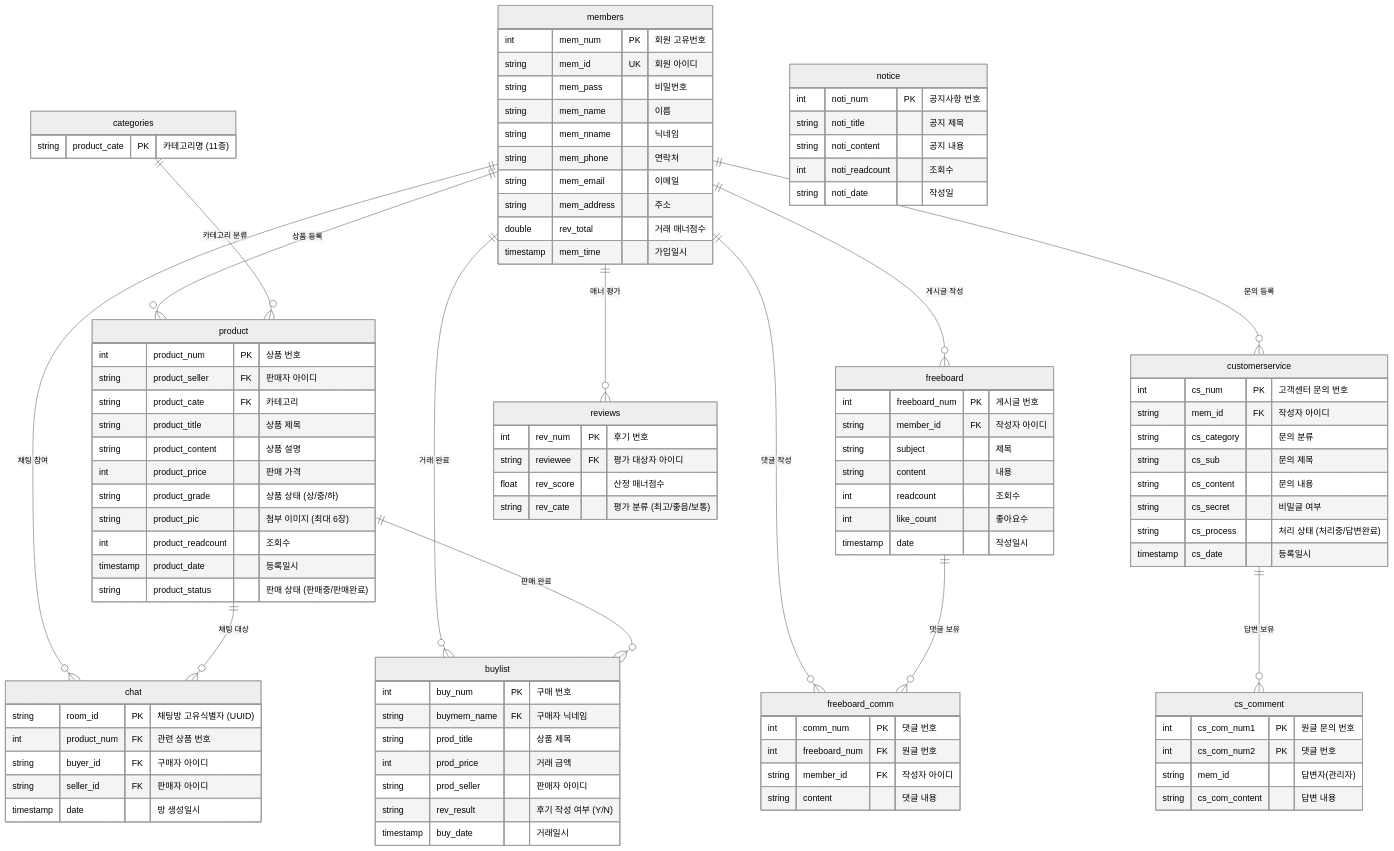
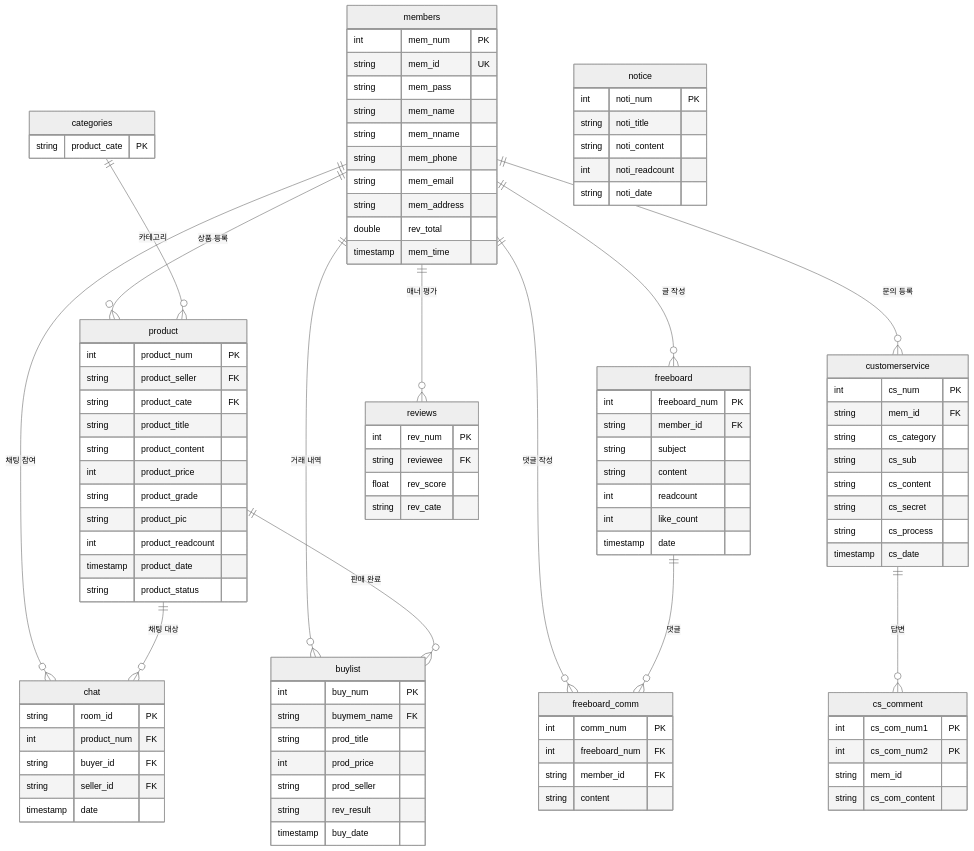
Before and after one commit to Ga-byeol/UsedMarket: the third of 3 diagrams in Final_Project/README.md, drawn with Mermaid (neutral theme). The commit also changed other lines of this file and 1 other file, not shown here.

````diff
--- a/Final_Project/README.md
+++ b/Final_Project/README.md
@@ -171,115 +152,115 @@
 ```mermaid
 erDiagram
     members ||--o{ product : "상품 등록"
-    members ||--o{ freeboard : "게시글 작성"
+    members ||--o{ freeboard : "글 작성"
     members ||--o{ freeboard_comm : "댓글 작성"
     members ||--o{ chat : "채팅 참여"
     members ||--o{ customerservice : "문의 등록"
-    members ||--o{ buylist : "거래 완료"
+    members ||--o{ buylist : "거래 내역"
     members ||--o{ reviews : "매너 평가"
 
     product ||--o{ chat : "채팅 대상"
     product ||--o{ buylist : "판매 완료"
-    categories ||--o{ product : "카테고리 분류"
-    freeboard ||--o{ freeboard_comm : "댓글 보유"
-    customerservice ||--o{ cs_comment : "답변 보유"
+    categories ||--o{ product : "카테고리"
+    freeboard ||--o{ freeboard_comm : "댓글"
+    customerservice ||--o{ cs_comment : "답변"
 
     members {
-        int mem_num PK "회원 고유번호"
-        string mem_id UK "회원 아이디"
-        string mem_pass "비밀번호"
-        string mem_name "이름"
-        string mem_nname "닉네임"
-        string mem_phone "연락처"
-        string mem_email "이메일"
-        string mem_address "주소"
-        double rev_total "거래 매너점수"
-        timestamp mem_time "가입일시"
+        int mem_num PK
+        string mem_id UK
+        string mem_pass
+        string mem_name
+        string mem_nname
+        string mem_phone
+        string mem_email
+        string mem_address
+        double rev_total
+        timestamp mem_time
     }
 
     product {
-        int product_num PK "상품 번호"
-        string product_seller FK "판매자 아이디"
-        string product_cate FK "카테고리"
-        string product_title "상품 제목"
-        string product_content "상품 설명"
-        int product_price "판매 가격"
-        string product_grade "상품 상태 (상/중/하)"
-        string product_pic "첨부 이미지 (최대 6장)"
-        int product_readcount "조회수"
-        timestamp product_date "등록일시"
-        string product_status "판매 상태 (판매중/판매완료)"
+        int product_num PK
+        string product_seller FK
+        string product_cate FK
+        string product_title
+        string product_content
+        int product_price
+        string product_grade
+        string product_pic
+        int product_readcount
+        timestamp product_date
+        string product_status
     }
 
     chat {
-        string room_id PK "채팅방 고유식별자 (UUID)"
-        int product_num FK "관련 상품 번호"
-        string buyer_id FK "구매자 아이디"
-        string seller_id FK "판매자 아이디"
-        timestamp date "방 생성일시"
+        string room_id PK
+        int product_num FK
+        string buyer_id FK
+        string seller_id FK
+        timestamp date
     }
 
     freeboard {
-        int freeboard_num PK "게시글 번호"
-        string member_id FK "작성자 아이디"
-        string subject "제목"
-        string content "내용"
-        int readcount "조회수"
-        int like_count "좋아요수"
-        timestamp date "작성일시"
+        int freeboard_num PK
+        string member_id FK
+        string subject
+        string content
+        int readcount
+        int like_count
+        timestamp date
     }
 
     freeboard_comm {
-        int comm_num PK "댓글 번호"
-        int freeboard_num FK "원글 번호"
-        string member_id FK "작성자 아이디"
-        string content "댓글 내용"
+        int comm_num PK
+        int freeboard_num FK
+        string member_id FK
+        string content
     }
 
     customerservice {
-        int cs_num PK "고객센터 문의 번호"
-        string mem_id FK "작성자 아이디"
-        string cs_category "문의 분류"
-        string cs_sub "문의 제목"
-        string cs_content "문의 내용"
-        string cs_secret "비밀글 여부"
-        string cs_process "처리 상태 (처리중/답변완료)"
-        timestamp cs_date "등록일시"
+        int cs_num PK
+        string mem_id FK
+        string cs_category
+        string cs_sub
+        string cs_content
+        string cs_secret
+        string cs_process
+        timestamp cs_date
     }
 
     cs_comment {
-        int cs_com_num1 PK "원글 문의 번호"
-        int cs_com_num2 PK "댓글 번호"
-        string mem_id "답변자(관리자)"
-        string cs_com_content "답변 내용"
+        int cs_com_num1 PK
+        int cs_com_num2 PK
+        string mem_id
+        string cs_com_content
     }
 
     buylist {
-        int buy_num PK "구매 번호"
-        string buymem_name FK "구매자 닉네임"
-        string prod_title "상품 제목"
-        int prod_price "거래 금액"
-        string prod_seller "판매자 아이디"
-        string rev_result "후기 작성 여부 (Y/N)"
-        timestamp buy_date "거래일시"
+        int buy_num PK
+        string buymem_name FK
+        string prod_title
+        int prod_price
+        string prod_seller
+        string rev_result
+        timestamp buy_date
     }
 
     reviews {
-        int rev_num PK "후기 번호"
-        string reviewee FK "평가 대상자 아이디"
-        float rev_score "산정 매너점수"
-        string rev_cate "평가 분류 (최고/좋음/보통)"
+        int rev_num PK
+        string reviewee FK
+        float rev_score
+        string rev_cate
     }
 
     categories {
-        string product_cate PK "카테고리명 (11종)"
+        string product_cate PK
     }
 
     notice {
-        int noti_num PK "공지사항 번호"
-        string noti_title "공지 제목"
-        string noti_content "공지 내용"
-        int noti_readcount "조회수"
-        string noti_date "작성일"
+        int noti_num PK
+        string noti_title
+        string noti_content
+        int noti_readcount
+        string noti_date
     }
 ```
````
